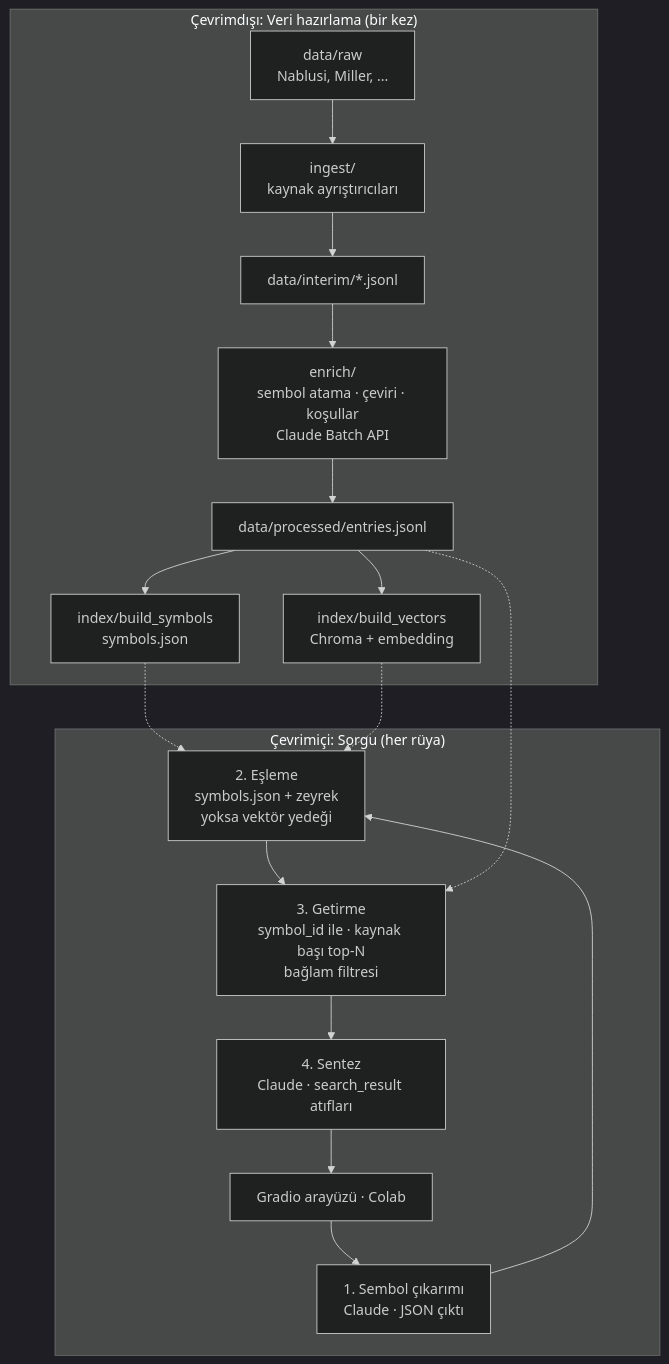
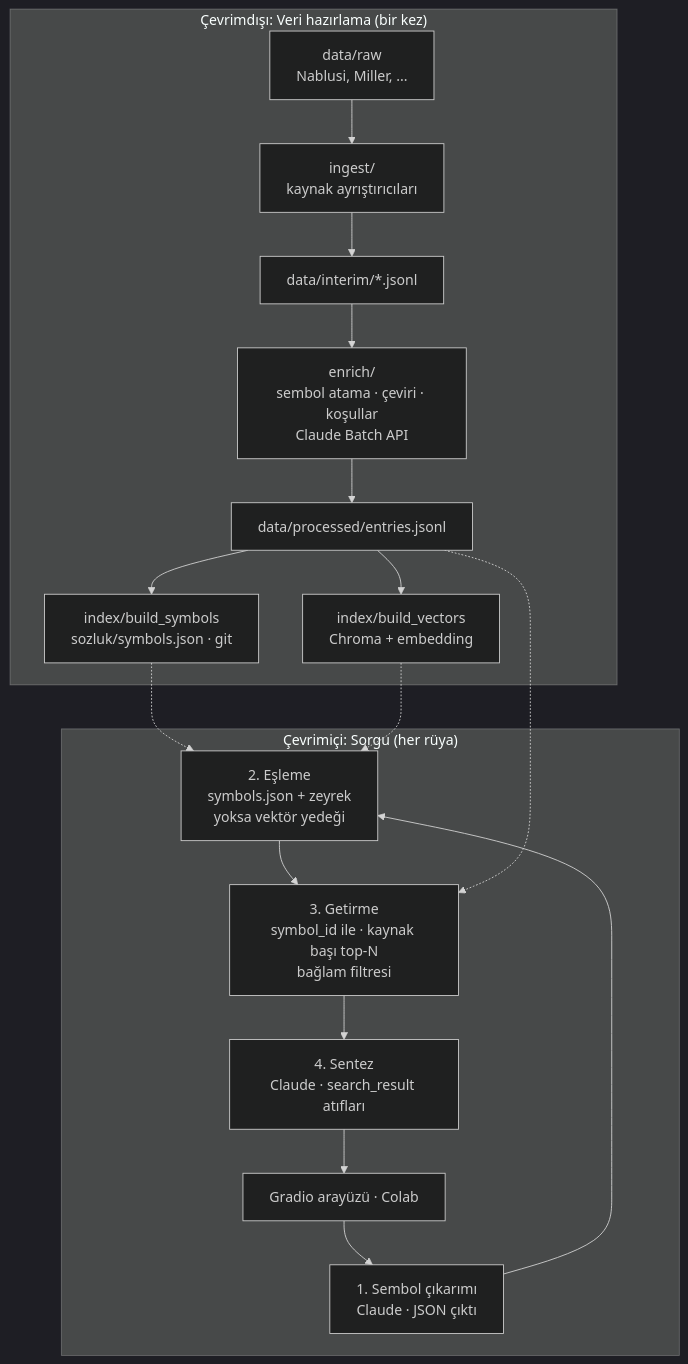
One commit to OgzhnTarhn/ruya-tabirnamesi changed the diagram in docs/03-mimari.md. Above: the diagram before and after it, drawn with Mermaid (dark theme). The commit also changed other lines of this file and 2 other files, not shown here.

Commit message:
Elle onaylanan sembol indeksini Drive yerine git'te tut

````diff
--- a/docs/03-mimari.md
+++ b/docs/03-mimari.md
@@ -18,23 +18,23 @@
 ```mermaid
 flowchart TB
     subgraph CEVRIMDISI["Çevrimdışı: Veri hazırlama (bir kez)"]
         RAW[data/raw<br/>Nablusi, Miller, ...] --> ING[ingest/<br/>kaynak ayrıştırıcıları]
         ING --> INT[data/interim/*.jsonl]
         INT --> ENR[enrich/<br/>sembol atama · çeviri · koşullar<br/>Claude Batch API]
         ENR --> ENT[data/processed/entries.jsonl]
-        ENT --> SYM[index/build_symbols<br/>symbols.json]
+        ENT --> SYM[index/build_symbols<br/>sozluk/symbols.json · git]
         ENT --> VEC[index/build_vectors<br/>Chroma + embedding]
     end
 
     subgraph CEVRIMICI["Çevrimiçi: Sorgu (her rüya)"]
         UI[Gradio arayüzü · Colab] --> P1[1. Sembol çıkarımı<br/>Claude · JSON çıktı]
         P1 --> P2[2. Eşleme<br/>symbols.json + zeyrek<br/>yoksa vektör yedeği]
         P2 --> P3[3. Getirme<br/>symbol_id ile · kaynak başı top-N<br/>bağlam filtresi]
         P3 --> P4[4. Sentez<br/>Claude · search_result atıfları]
         P4 --> UI
     end
 
     SYM -.-> P2
     VEC -.-> P2
     ENT -.-> P3
 ```
````
